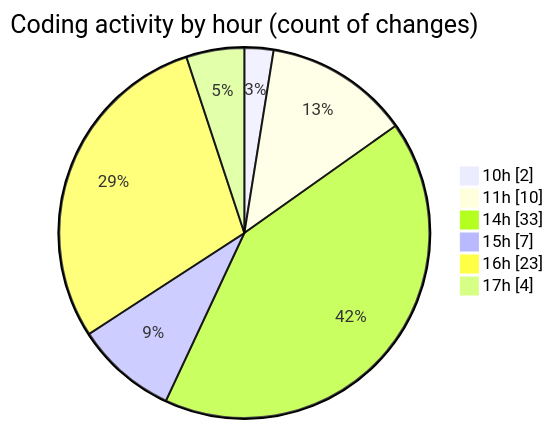
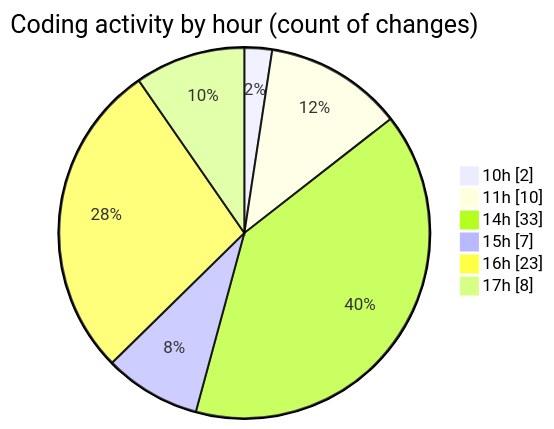
The second of 2 diagrams in 2025-06-02/studio-backend/README.md (idhammustaqopulfikri/code-tracking), drawn with Mermaid before and after one commit. The commit also changed other lines of this file and 1 other file, not shown here.

````diff
--- a/2025-06-02/studio-backend/README.md
+++ b/2025-06-02/studio-backend/README.md
@@ -47,10 +47,10 @@
 ```mermaid
 pie showData
 title Coding activity by hour (count of changes)
 "10h" : 2
 "11h" : 10
 "14h" : 33
 "15h" : 7
 "16h" : 23
-"17h" : 4
+"17h" : 8
 ```
````
